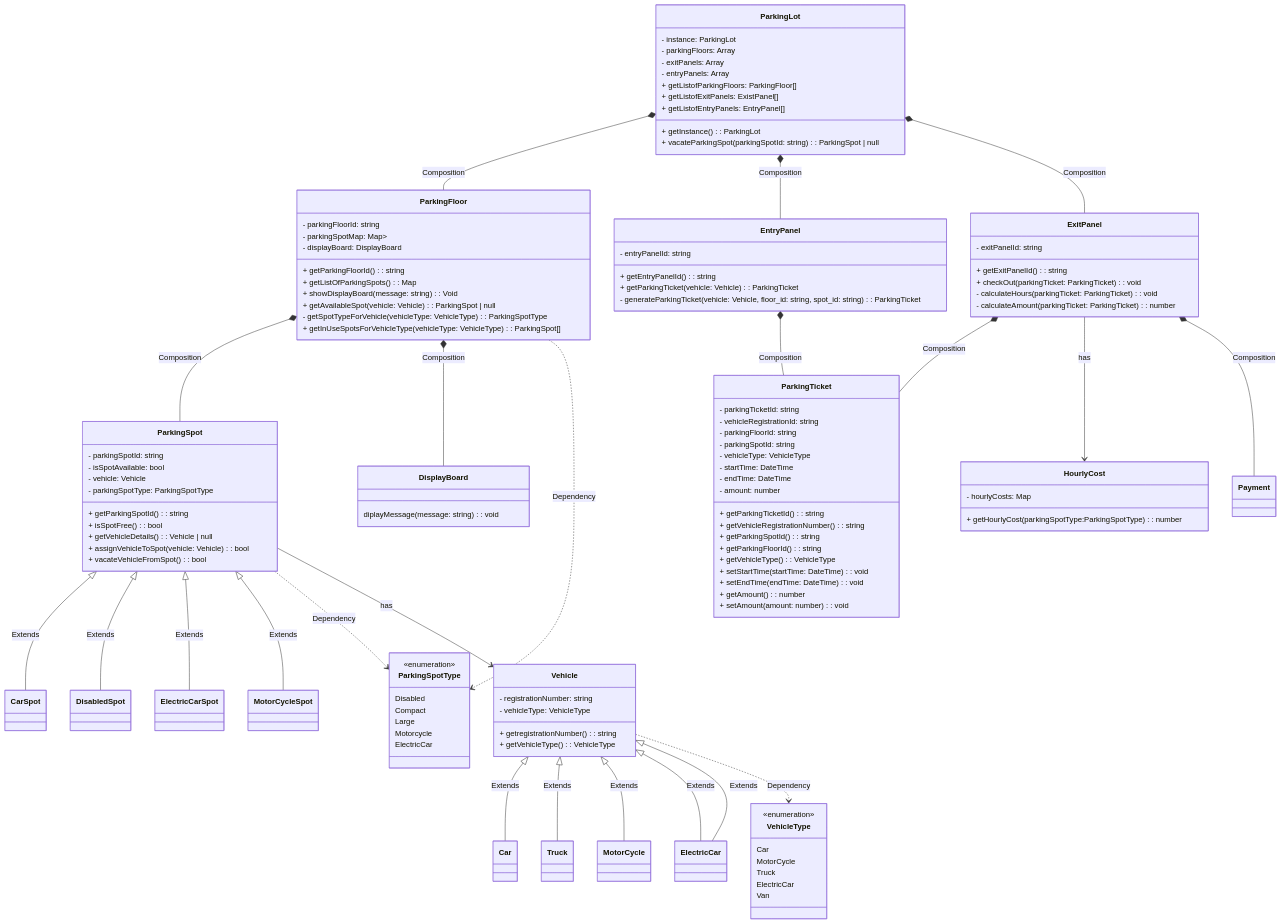
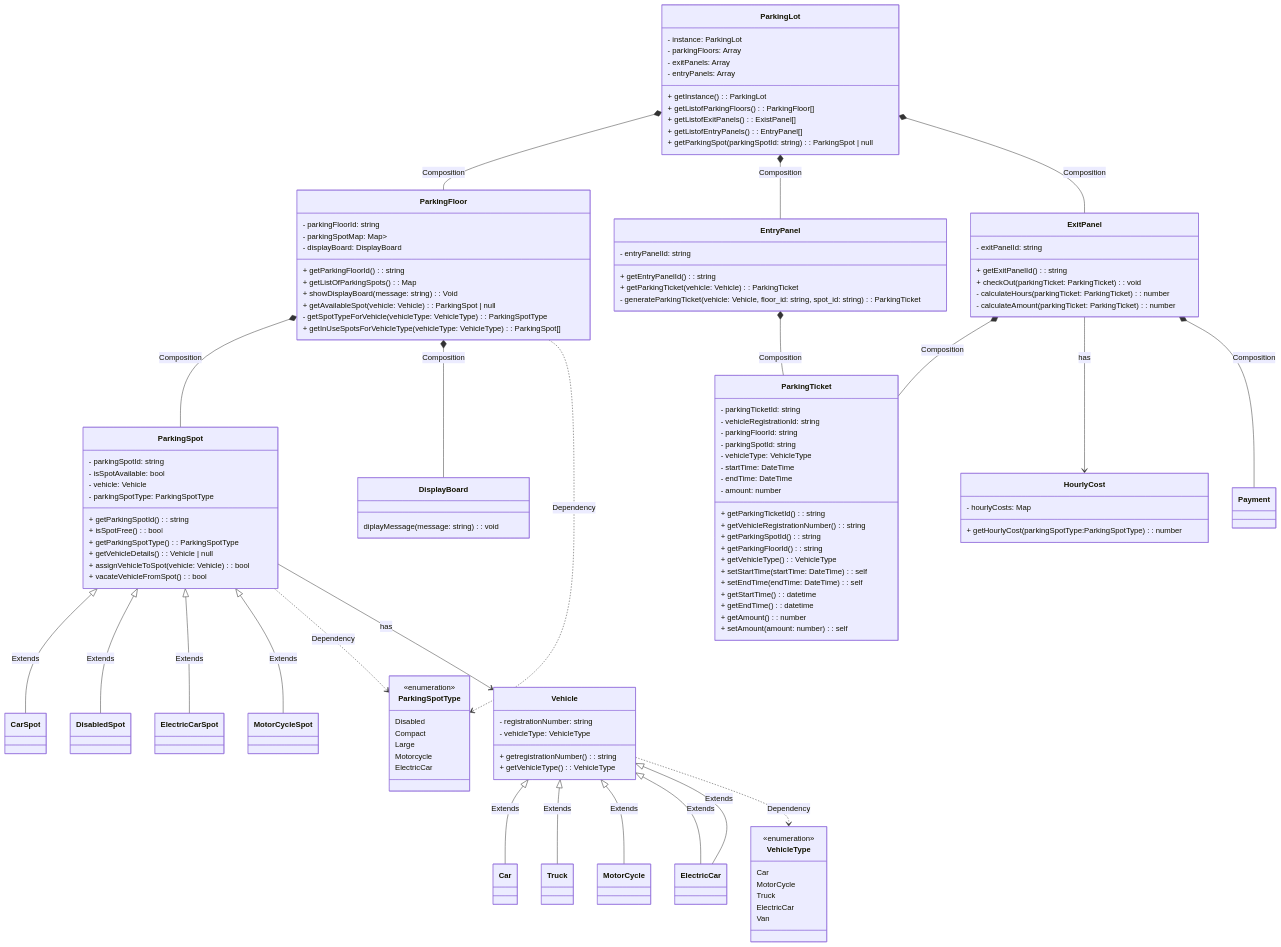
Before and after one commit to vinaycchndra/Python_LLDs: the diagram in ParkingLot/ReadMe.md, drawn with Mermaid. The commit also changed 5 other files, not shown here.

Commit message:
added parking lot, entry panels, exit panels

```diff
--- a/ParkingLot/ReadMe.md
+++ b/ParkingLot/ReadMe.md
@@ -15,10 +15,10 @@
 - exitPanels: Array<ExitPanel>
 - entryPanels: Array<EntryPanel>
 + getInstance(): ParkingLot
-+ getListofParkingFloors: ParkingFloor[]
-+ getListofExitPanels: ExistPanel[]
-+ getListofEntryPanels: EntryPanel[]
-+ vacateParkingSpot(parkingSpotId: string): ParkingSpot | null
++ getListofParkingFloors(): ParkingFloor[]
++ getListofExitPanels(): ExistPanel[]
++ getListofEntryPanels(): EntryPanel[]
++ getParkingSpot(parkingSpotId: string): ParkingSpot | null
 }
 ParkingLot *-- ParkingFloor: Composition
 ParkingLot *-- EntryPanel: Composition
@@ -51,7 +51,7 @@
  - exitPanelId: string
  + getExitPanelId(): string
  + checkOut(parkingTicket: ParkingTicket): void
- - calculateHours(parkingTicket: ParkingTicket): void
+ - calculateHours(parkingTicket: ParkingTicket): number
  - calculateAmount(parkingTicket: ParkingTicket): number
 }
 
@@ -63,6 +63,7 @@
 
     + getParkingSpotId(): string
     + isSpotFree(): bool
+    + getParkingSpotType(): ParkingSpotType
     + getVehicleDetails(): Vehicle | null
     + assignVehicleToSpot(vehicle: Vehicle): bool
     + vacateVehicleFromSpot(): bool
@@ -119,10 +120,12 @@
 + getParkingSpotId(): string
 + getParkingFloorId(): string
 + getVehicleType(): VehicleType
-+ setStartTime(startTime: DateTime): void
-+ setEndTime(endTime: DateTime): void
++ setStartTime(startTime: DateTime): self
++ setEndTime(endTime: DateTime): self
++ getStartTime(): datetime
++ getEndTime(): datetime
 + getAmount(): number
-+ setAmount(amount: number): void 
++ setAmount(amount: number): self 
 }
 
 class DisplayBoard{
```
